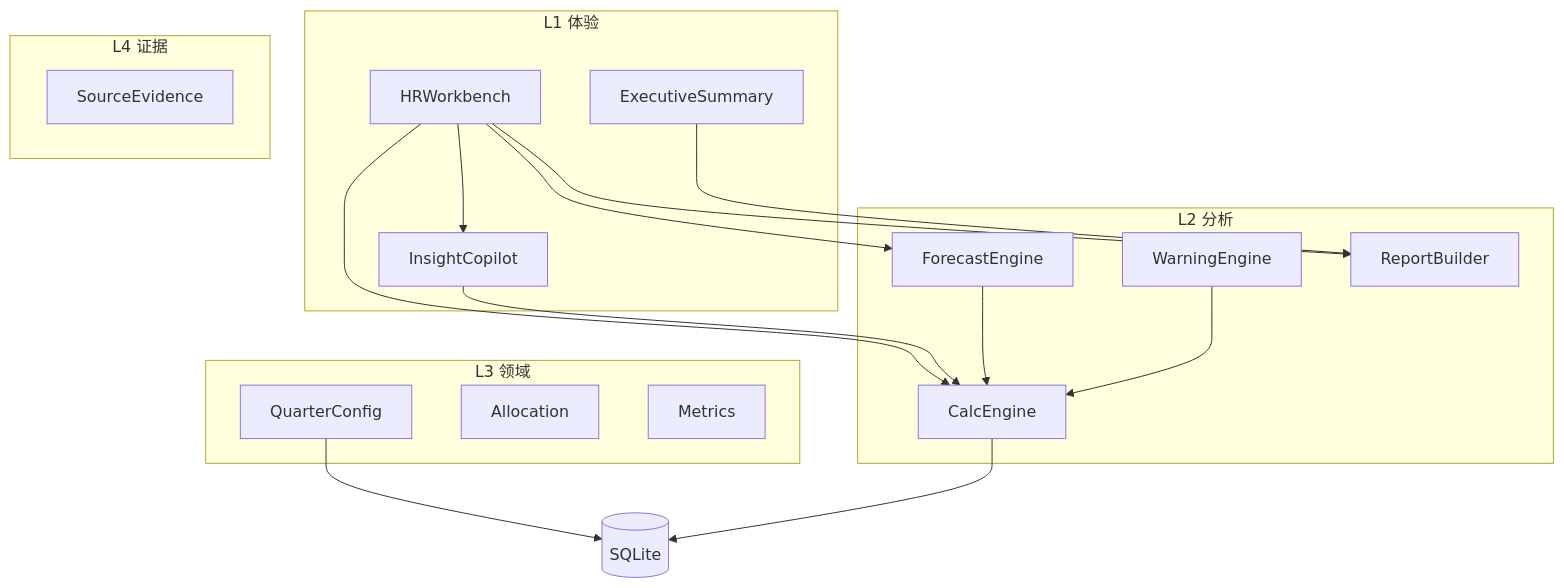
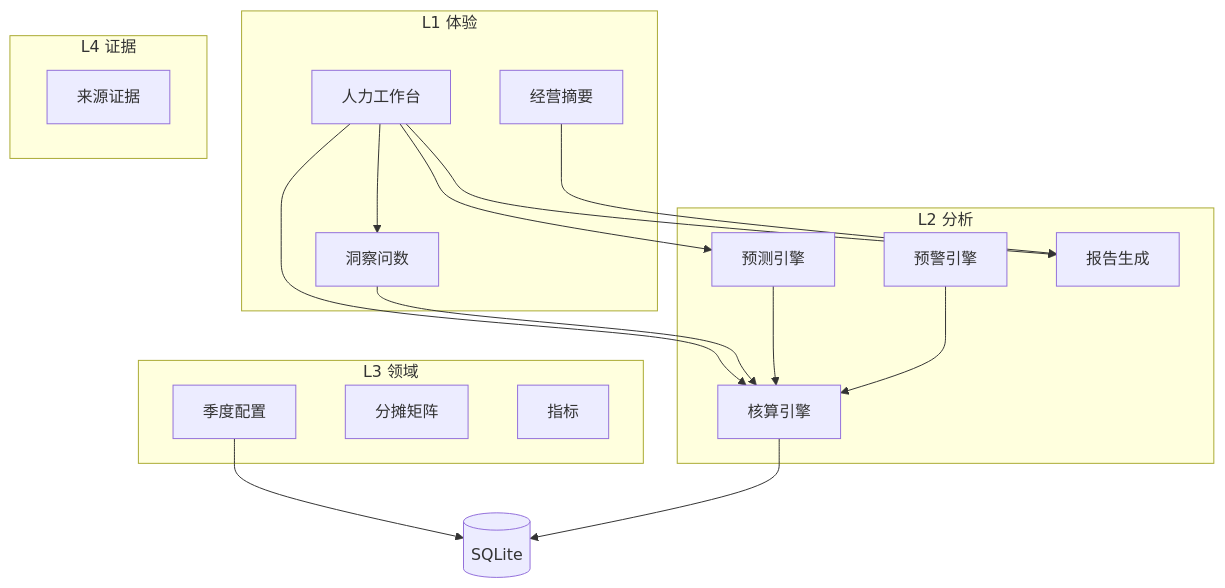
Before and after one commit to suixiwu11-ai/HR---Yang: the diagram in 项目/2026-05-黑客松项目/STRIDE/docs/02-requirements/PRD-v1.3.md, drawn with Mermaid. The commit also changed other lines of this file, not shown here.

````diff
--- a/项目/2026-05-黑客松项目/STRIDE/docs/02-requirements/PRD-v1.3.md
+++ b/项目/2026-05-黑客松项目/STRIDE/docs/02-requirements/PRD-v1.3.md
@@ -268,33 +275,33 @@
 ```mermaid
 flowchart TB
   subgraph L1[L1 体验]
-    HRW[HRWorkbench]
-    EX[ExecutiveSummary]
-    IC[InsightCopilot]
+    HRW[人力工作台]
+    EX[经营摘要]
+    IC[洞察问数]
   end
   subgraph L2[L2 分析]
-    CE[CalcEngine]
-    FE[ForecastEngine]
-    WE[WarningEngine]
-    RB[ReportBuilder]
+    CE[核算引擎]
+    FE[预测引擎]
+    WE[预警引擎]
+    RB[报告生成]
   end
   subgraph L3[L3 领域]
-    QC[QuarterConfig]
-    AL[Allocation]
-    MD[Metrics]
+    QC[季度配置]
+    AL[分摊矩阵]
+    MD[指标]
   end
   subgraph L4[L4 证据]
-    SE[SourceEvidence]
+    SE[来源证据]
   end
   DB[(SQLite)]
   HRW --> IC
   HRW --> CE
   HRW --> FE
   IC --> CE
   FE --> CE
   WE --> CE
   HRW --> RB
   EX --> RB
   QC --> DB
   CE --> DB
 ```
````
